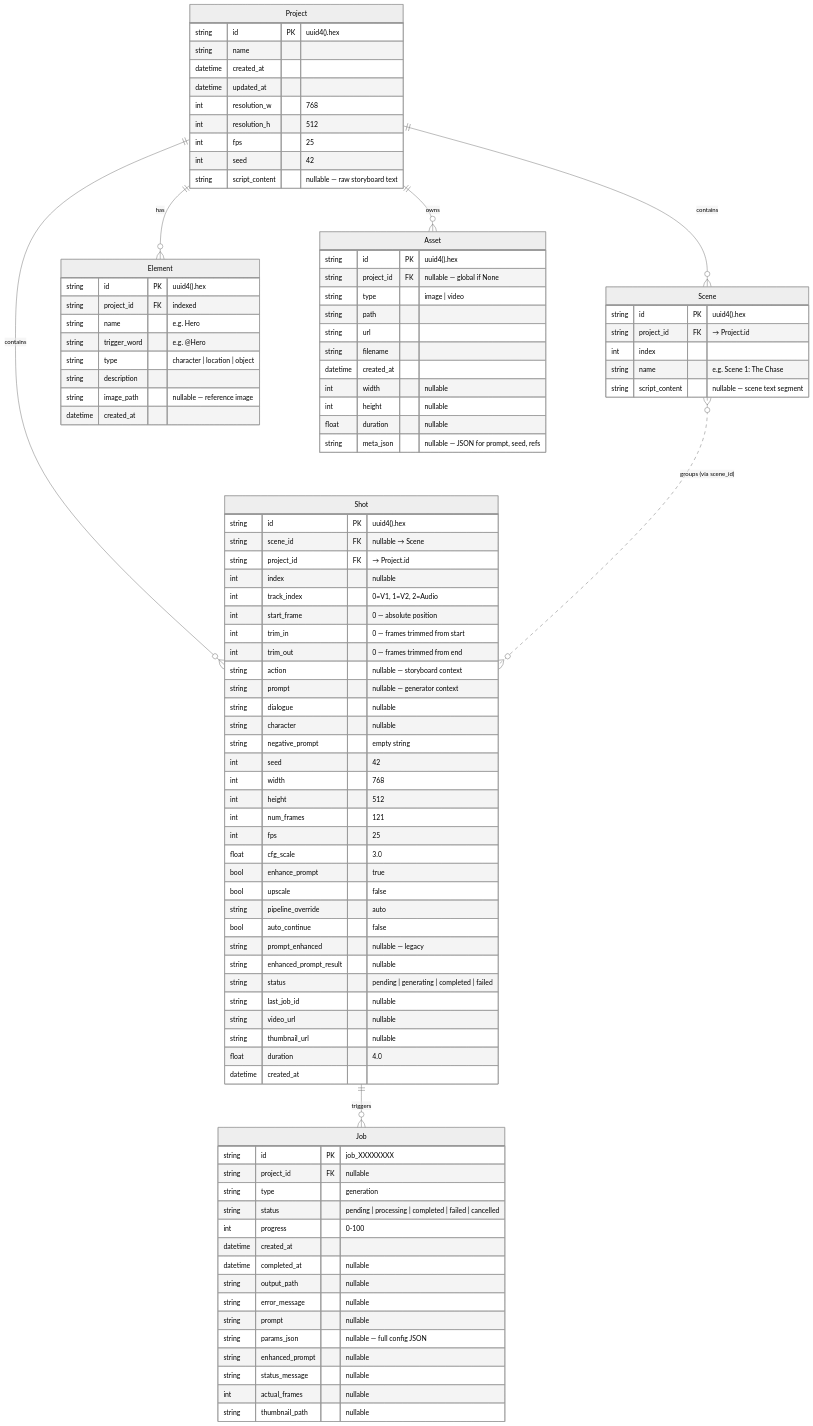
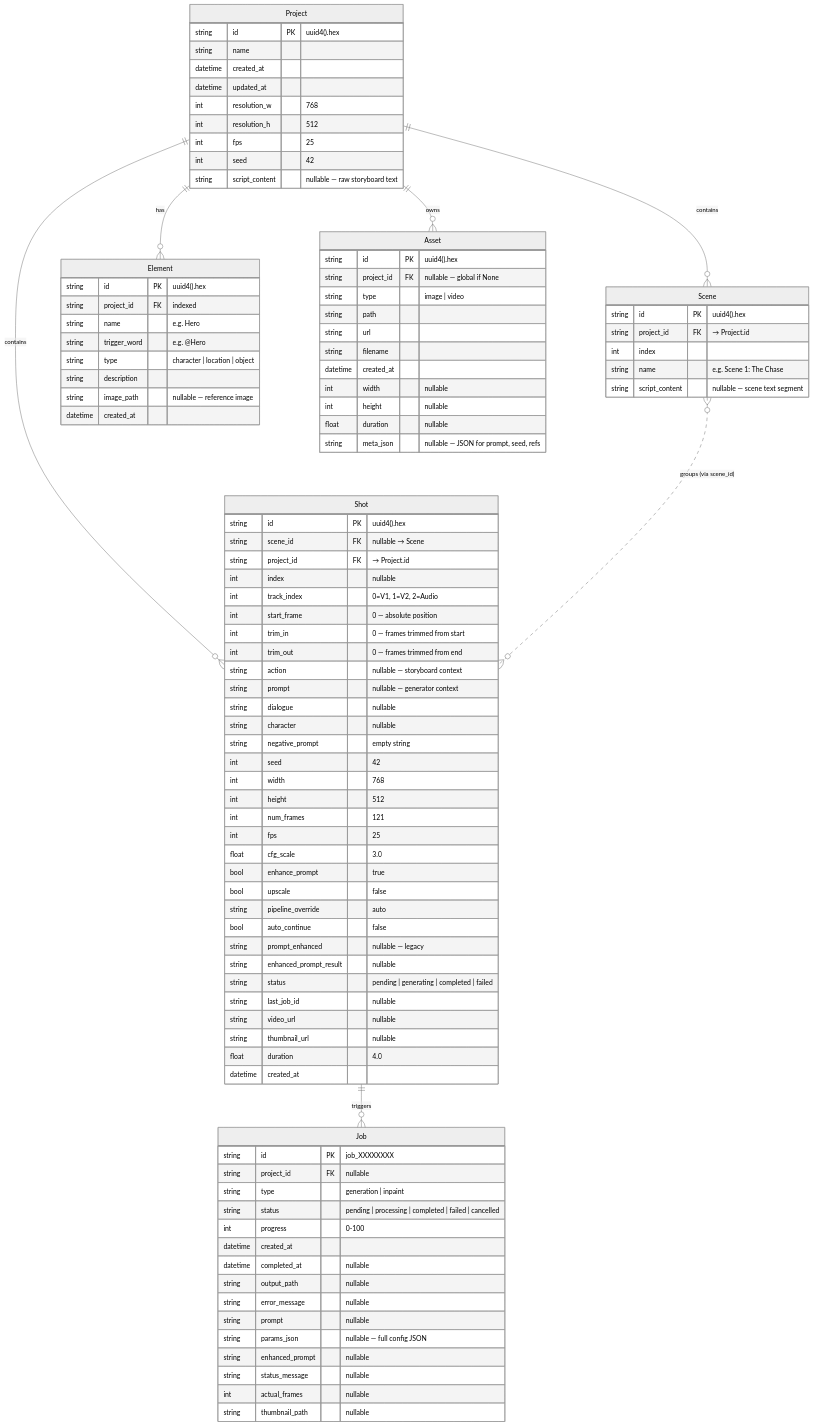
The first of 3 diagrams in docs/02_data_models.md (mainza-ai/milimovideo), drawn with Mermaid (neutral theme) before and after one commit. The commit also changed other lines of this file and 31 other files, not shown here.

```diff
--- a/docs/02_data_models.md
+++ b/docs/02_data_models.md
@@ -93,7 +93,7 @@
     Job {
         string id PK "job_XXXXXXXX"
         string project_id FK "nullable"
-        string type "generation"
+        string type "generation | inpaint"
         string status "pending | processing | completed | failed | cancelled"
         int progress "0-100"
         datetime created_at
```
